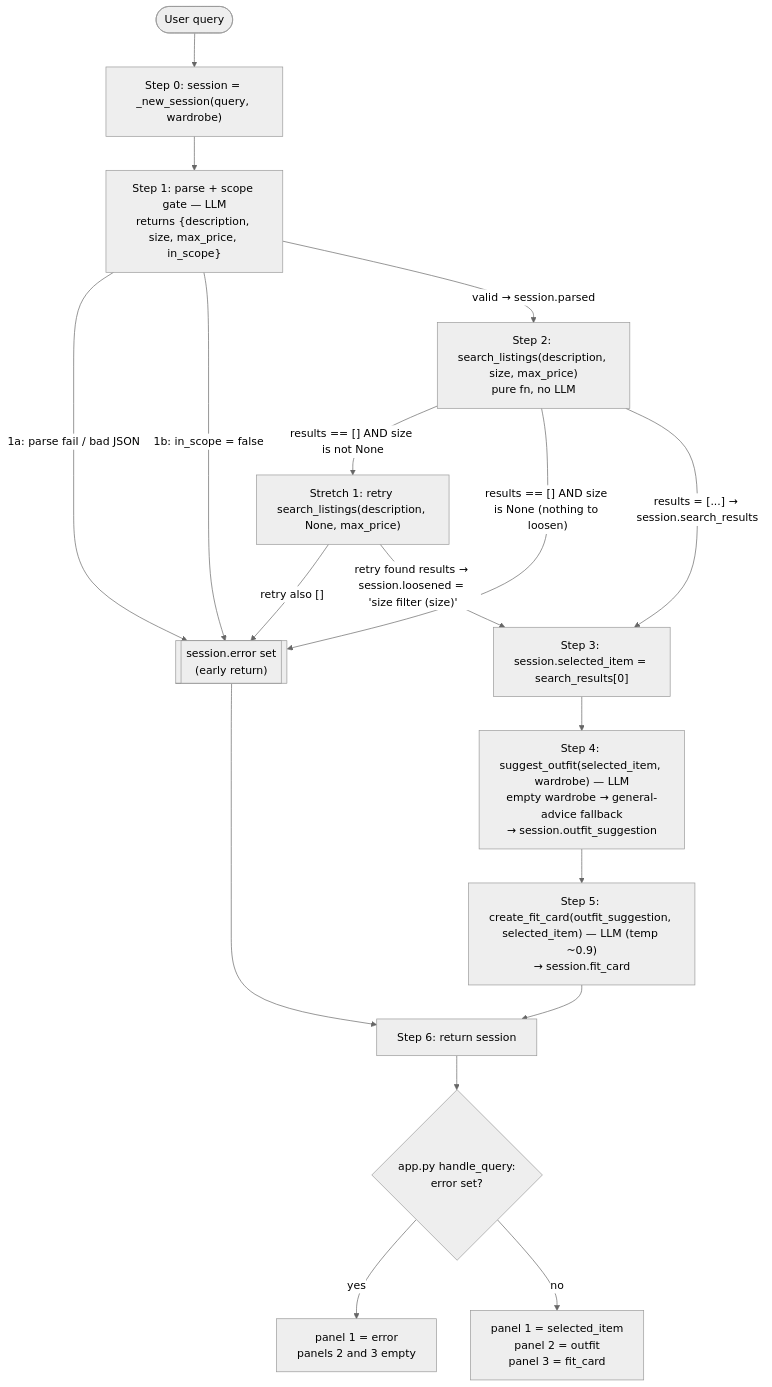
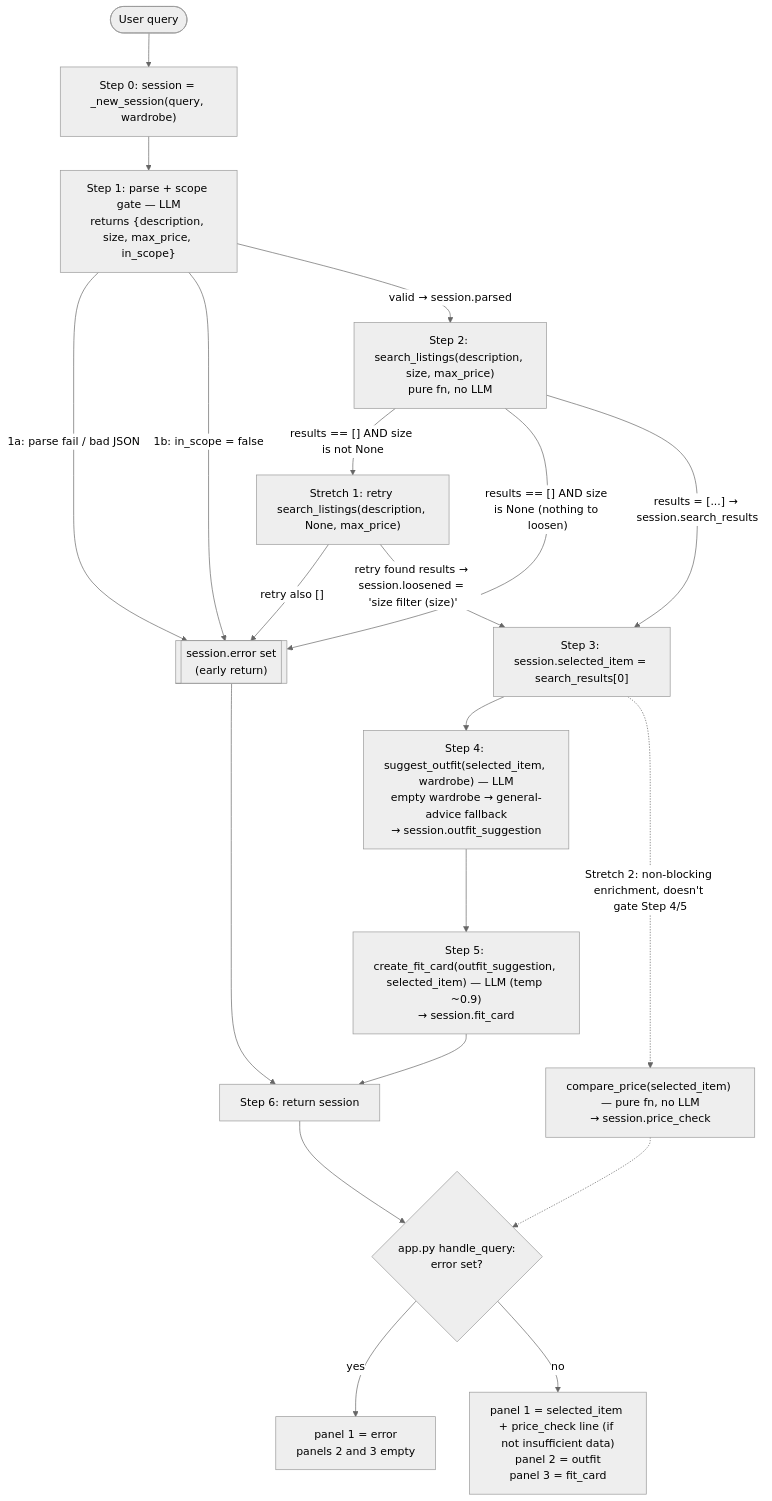
The diagram in planning.md (Omarhus01/ai201-project2-fitfindr-starter), drawn with Mermaid (neutral theme) before and after one commit. The commit also changed other lines of this file and 4 other files, not shown here.

First line of the commit message:
Stretch 2: add compare_price 4th tool for price-fairness check

````diff
--- a/planning.md
+++ b/planning.md
@@ -335,20 +335,22 @@
 ```mermaid
 flowchart TD
     U([User query]) --> INIT["Step 0: session = _new_session(query, wardrobe)"]
     INIT --> P["Step 1: parse + scope gate — LLM<br/>returns {description, size, max_price, in_scope}"]
     P -->|"1a: parse fail / bad JSON"| ERR[["session.error set<br/>(early return)"]]
     P -->|"1b: in_scope = false"| ERR
     P -->|"valid → session.parsed"| S["Step 2: search_listings(description, size, max_price)<br/>pure fn, no LLM"]
     S -->|"results == [] AND size is not None"| RETRY["Stretch 1: retry search_listings(description, None, max_price)"]
     RETRY -->|"retry also []"| ERR
     RETRY -->|"retry found results → session.loosened = 'size filter (size)'"| SEL
     S -->|"results == [] AND size is None (nothing to loosen)"| ERR
     S -->|"results = [...] → session.search_results"| SEL["Step 3: session.selected_item = search_results[0]"]
     SEL --> SO["Step 4: suggest_outfit(selected_item, wardrobe) — LLM<br/>empty wardrobe → general-advice fallback<br/>→ session.outfit_suggestion"]
+    SEL -.->|"Stretch 2: non-blocking enrichment, doesn't gate Step 4/5"| PC["compare_price(selected_item) — pure fn, no LLM<br/>→ session.price_check"]
+    PC -.-> APP
     SO --> FC["Step 5: create_fit_card(outfit_suggestion, selected_item) — LLM (temp ~0.9)<br/>→ session.fit_card"]
     FC --> RET["Step 6: return session"]
     ERR --> RET
     RET --> APP{"app.py handle_query:<br/>error set?"}
     APP -->|"yes"| EP["panel 1 = error<br/>panels 2 and 3 empty"]
-    APP -->|"no"| OP["panel 1 = selected_item<br/>panel 2 = outfit<br/>panel 3 = fit_card"]
+    APP -->|"no"| OP["panel 1 = selected_item + price_check line (if not insufficient data)<br/>panel 2 = outfit<br/>panel 3 = fit_card"]
 ```
````
